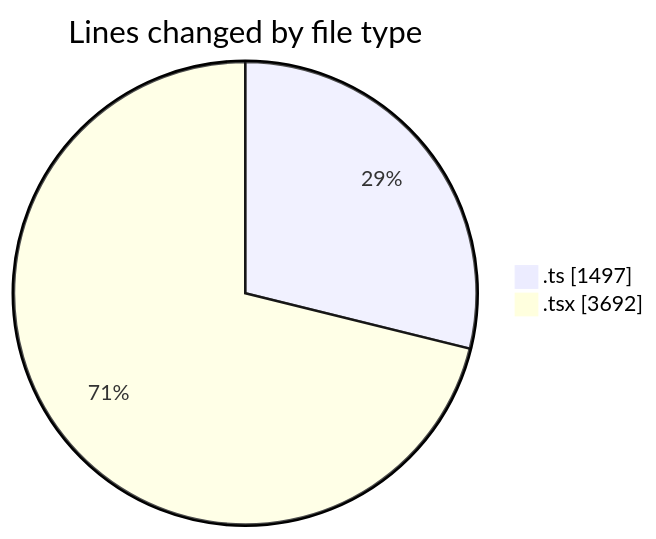
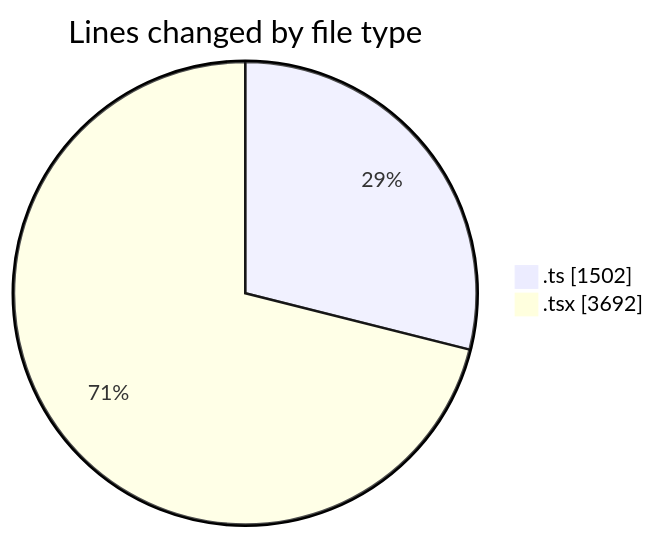
Before and after one commit to nxtqubesakshisongat/code-tracking: the first of 2 diagrams in 2026-05-04/nxtqube_webapp/README.md, drawn with Mermaid. The commit also changed other lines of this file and 1 other file, not shown here.

````diff
--- a/2026-05-04/nxtqube_webapp/README.md
+++ b/2026-05-04/nxtqube_webapp/README.md
@@ -29,6 +29,6 @@
 ```mermaid
 pie showData
 title Lines changed by file type
-".ts" : 1497
+".ts" : 1502
 ".tsx" : 3692
 ```
````
